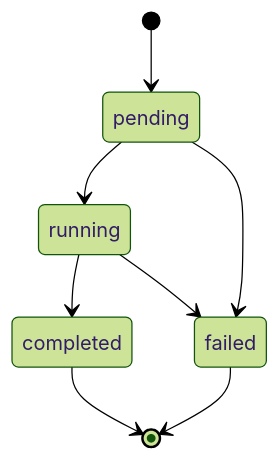
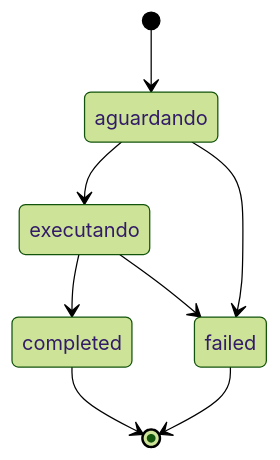
The diagram in motores/ciclo-de-vida.mdx (Sherlocker-LTDA/docs), drawn with Mermaid (forest theme) before and after one commit. The commit also changed other lines of this file and 20 other files, not shown here.

````diff
--- a/motores/ciclo-de-vida.mdx
+++ b/motores/ciclo-de-vida.mdx
@@ -17,10 +24,10 @@
 ```mermaid
 stateDiagram-v2
-    [*] --> pending
-    pending --> running
-    pending --> failed
-    running --> completed
-    running --> failed
+    [*] --> aguardando
+    aguardando --> executando
+    aguardando --> failed
+    executando --> completed
+    executando --> failed
     completed --> [*]
     failed --> [*]
 ```
````
